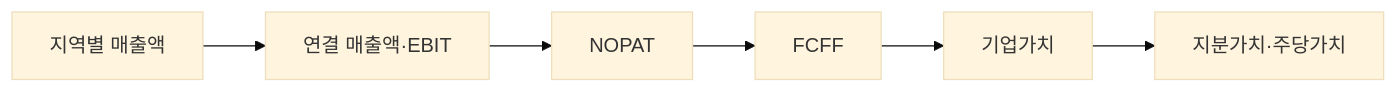
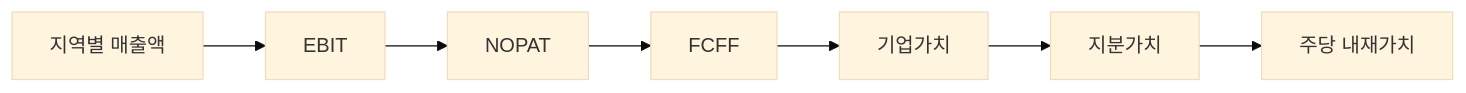
Before and after one commit to hahnjune0118/Orion_DCF_Valuation: the first of 2 diagrams in README.md, drawn with Mermaid (base theme). The commit also changed other lines of this file, not shown here.

````diff
--- a/README.md
+++ b/README.md
@@ -43,8 +69,9 @@
 ```mermaid
 flowchart LR
-    A[지역별 매출액] --> B[연결 매출액·EBIT]
+    A[지역별 매출액] --> B[EBIT]
     B --> C[NOPAT]
     C --> D[FCFF]
     D --> E[기업가치]
-    E --> F[지분가치·주당가치]
+    E --> F[지분가치]
+    F --> G[주당 내재가치]
 ```
````
